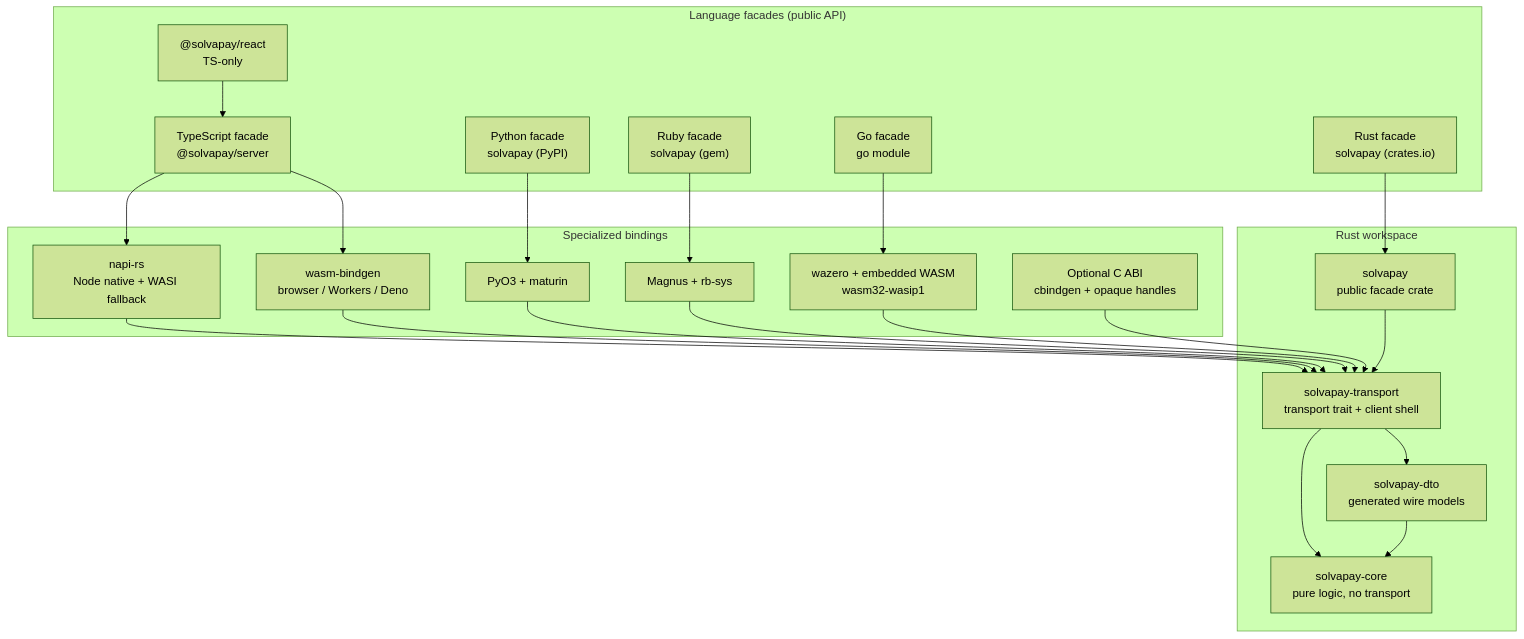
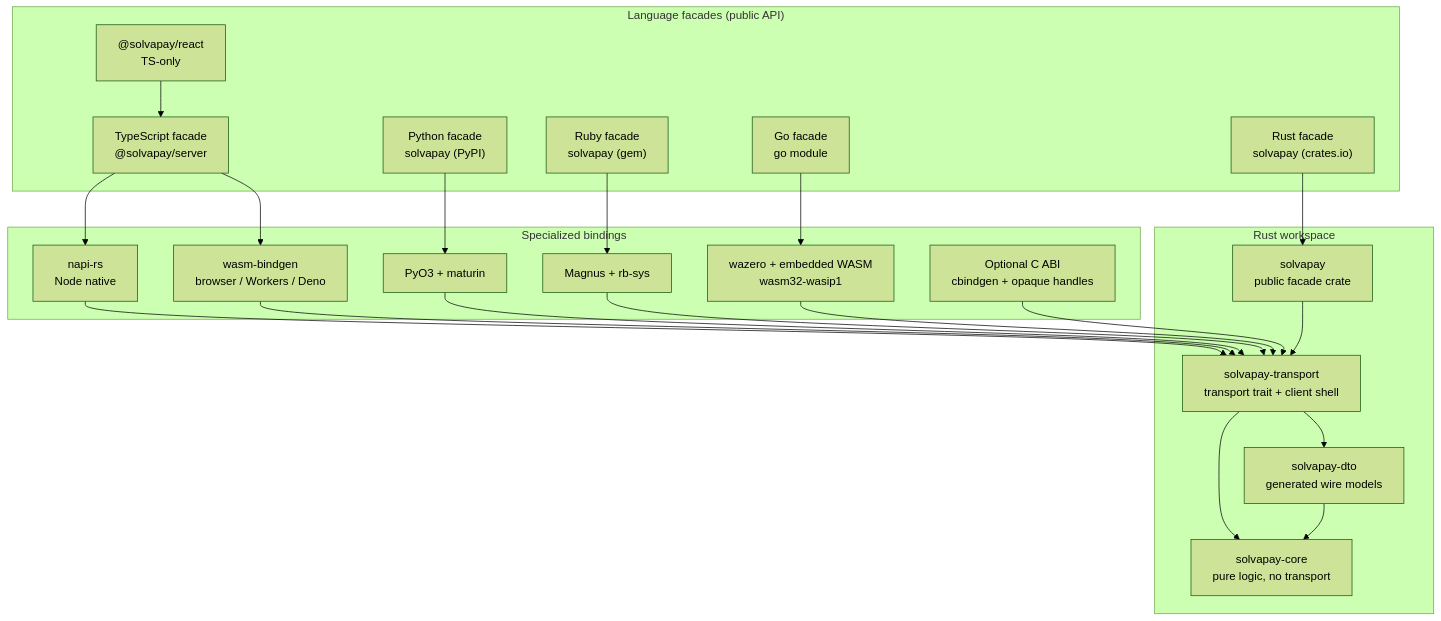
The diagram in docs/contributing/architecture.md (solvapay/solvapay-sdk), drawn with Mermaid (forest theme) before and after one commit. The commit also changed other lines of this file and 239 other files, not shown here.

````diff
--- a/docs/contributing/architecture.md
+++ b/docs/contributing/architecture.md
@@ -43,45 +44,45 @@
 ```mermaid
 flowchart TB
   subgraph facades ["Language facades (public API)"]
     TS["TypeScript facade<br/>@solvapay/server"]
     PY["Python facade<br/>solvapay (PyPI)"]
     RB["Ruby facade<br/>solvapay (gem)"]
     GO["Go facade<br/>go module"]
     RS["Rust facade<br/>solvapay (crates.io)"]
     REACT["@solvapay/react<br/>TS-only"]
   end
 
   subgraph bindings ["Specialized bindings"]
-    NAPI["napi-rs<br/>Node native + WASI fallback"]
+    NAPI["napi-rs<br/>Node native"]
     WASM["wasm-bindgen<br/>browser / Workers / Deno"]
     PYO3["PyO3 + maturin"]
     MAG["Magnus + rb-sys"]
     WAZERO["wazero + embedded WASM<br/>wasm32-wasip1"]
     CABI["Optional C ABI<br/>cbindgen + opaque handles"]
   end
 
   subgraph rust ["Rust workspace"]
     LOGIC["solvapay-core<br/>pure logic, no transport"]
     DTO["solvapay-dto<br/>generated wire models"]
     TRANSPORT["solvapay-transport<br/>transport trait + client shell"]
     FACADE["solvapay<br/>public facade crate"]
   end
 
   REACT --> TS
   TS --> NAPI
   TS --> WASM
   PY --> PYO3
   RB --> MAG
   GO --> WAZERO
   RS --> FACADE
   NAPI --> TRANSPORT
   WASM --> TRANSPORT
   PYO3 --> TRANSPORT
   MAG --> TRANSPORT
   WAZERO --> TRANSPORT
   CABI --> TRANSPORT
   FACADE --> TRANSPORT
   TRANSPORT --> DTO
   TRANSPORT --> LOGIC
   DTO --> LOGIC
 ```
````
